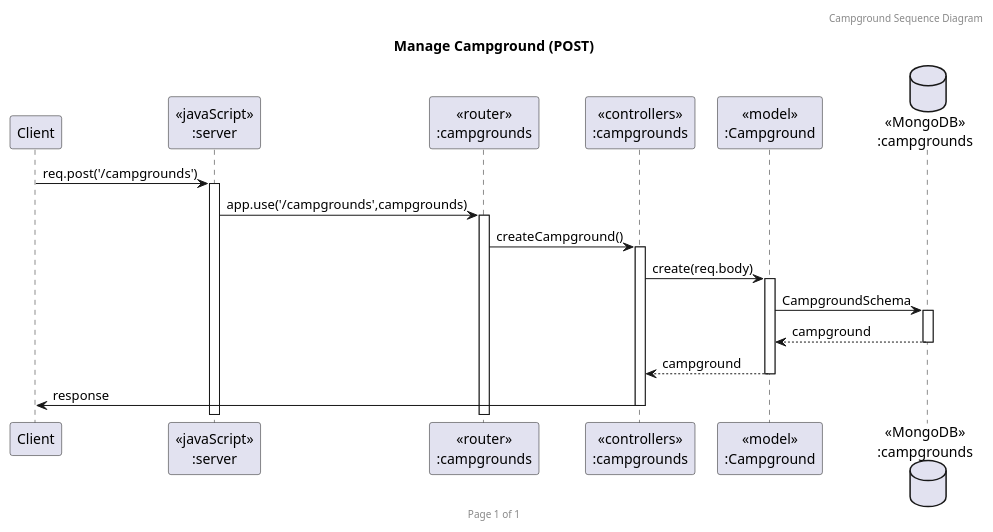
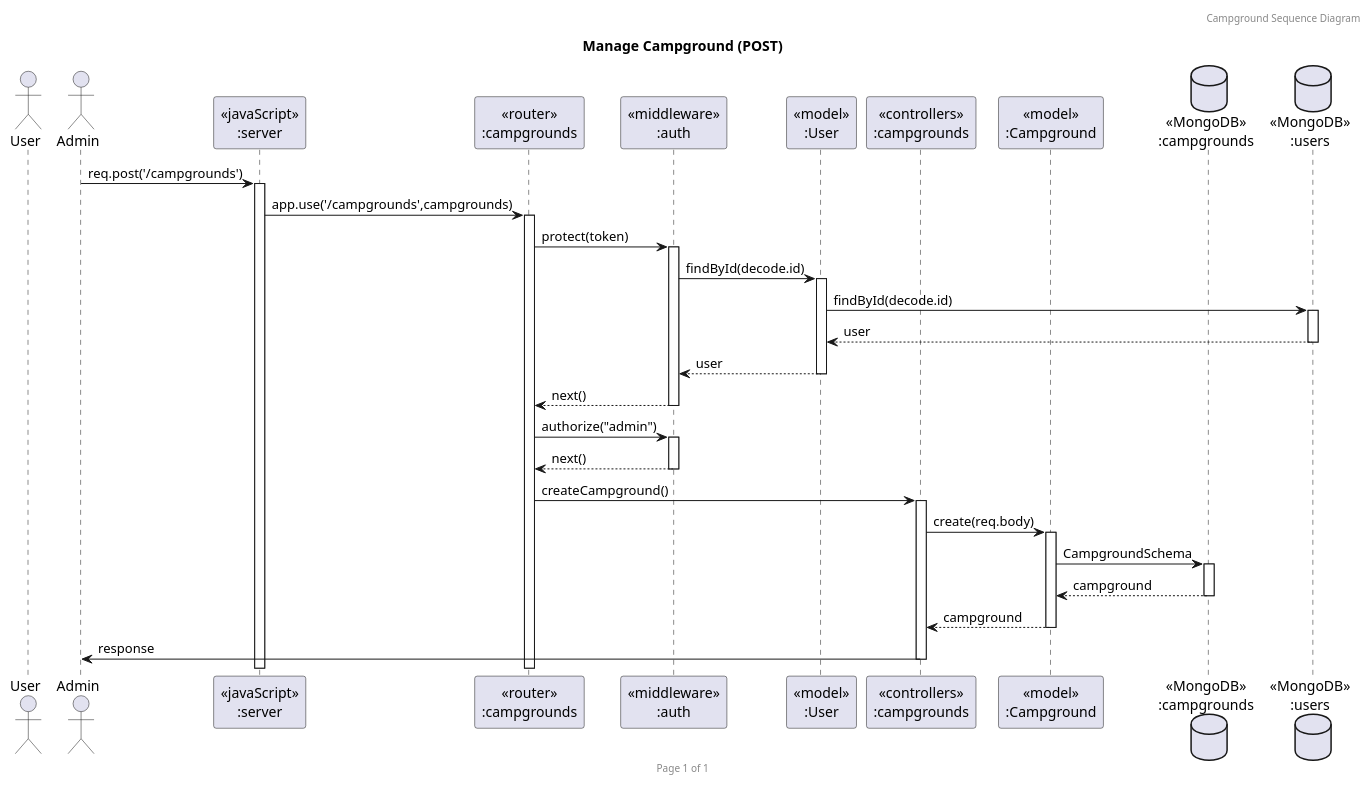
The diagram in diagram/Sequence diagram/Campground/Campground_POST.puml (FaiiFaiipuipui/CEDT_Y1T2_backend-campgroundbooking), drawn with PlantUML before and after one commit. The commit also changed 4 other files, not shown here.

Commit message:
Update Campground Sequence Diagram

```diff
--- a/diagram/Sequence diagram/Campground/Campground_POST.puml
+++ b/diagram/Sequence diagram/Campground/Campground_POST.puml
@@ -1,23 +1,36 @@
 @startuml Manage Campground (POST)
 
 header Campground Sequence Diagram
 footer Page %page% of %lastpage%
 title "Manage Campground (POST)"
 
-participant "Client" as client
+actor "User" as user
+actor "Admin" as admin
 participant "<<javaScript>>\n:server" as server
 participant "<<router>>\n:campgrounds" as routerCampgrounds
+participant "<<middleware>>\n:auth" as middlewareAuth
+participant "<<model>>\n:User" as modelUser
 participant "<<controllers>>\n:campgrounds" as controllersCampgrounds
 participant "<<model>>\n:Campground" as modelCampground
 database "<<MongoDB>>\n:campgrounds" as CampgroundsDatabase
+database "<<MongoDB>>\n:users" as UsersDatabase
 
-client->server ++:req.post('/campgrounds')
+
+admin->server ++:req.post('/campgrounds')
 server->routerCampgrounds ++:app.use('/campgrounds',campgrounds)
+routerCampgrounds -> middlewareAuth ++:protect(token)
+middlewareAuth -> modelUser ++:findById(decode.id)
+modelUser -> UsersDatabase ++:findById(decode.id)
+UsersDatabase --> modelUser --:user
+modelUser --> middlewareAuth --:user
+middlewareAuth --> routerCampgrounds --:next()
+routerCampgrounds -> middlewareAuth ++:authorize("admin")
+middlewareAuth --> routerCampgrounds --:next()
 routerCampgrounds -> controllersCampgrounds ++:createCampground()
 controllersCampgrounds->modelCampground ++:create(req.body)
 modelCampground ->CampgroundsDatabase ++:CampgroundSchema
 CampgroundsDatabase --> modelCampground --:campground
 controllersCampgrounds <-- modelCampground --:campground
-controllersCampgrounds->client --:response
+controllersCampgrounds->admin --:response
 
 @enduml
```
